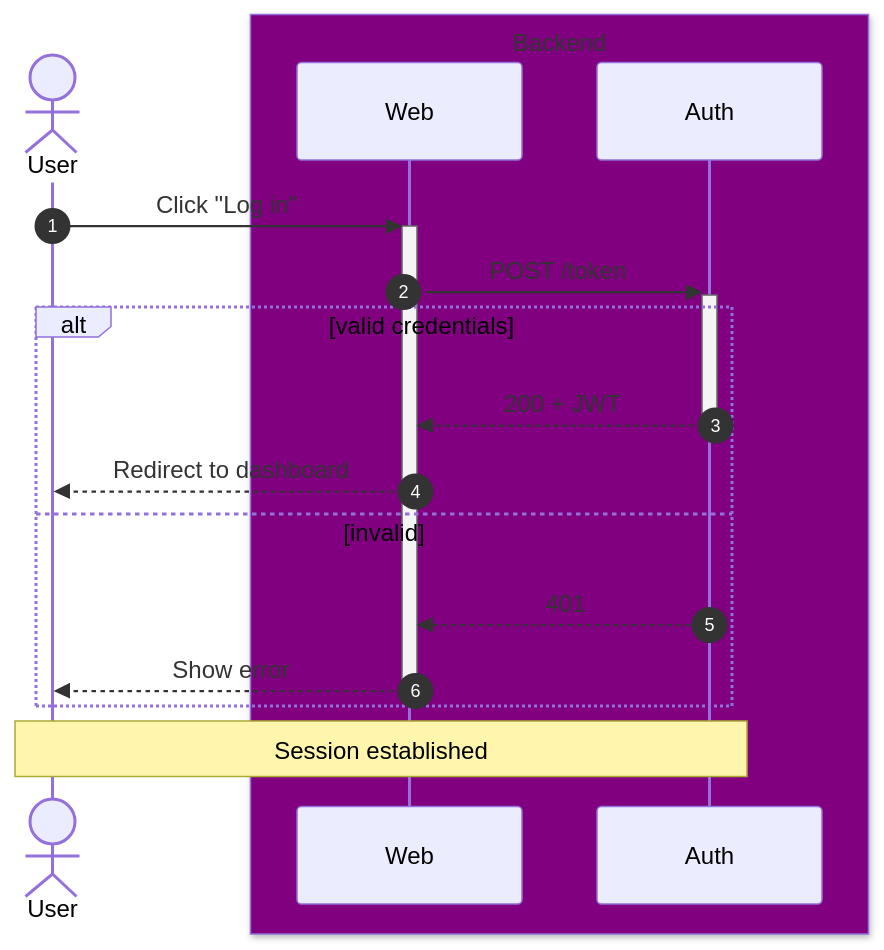
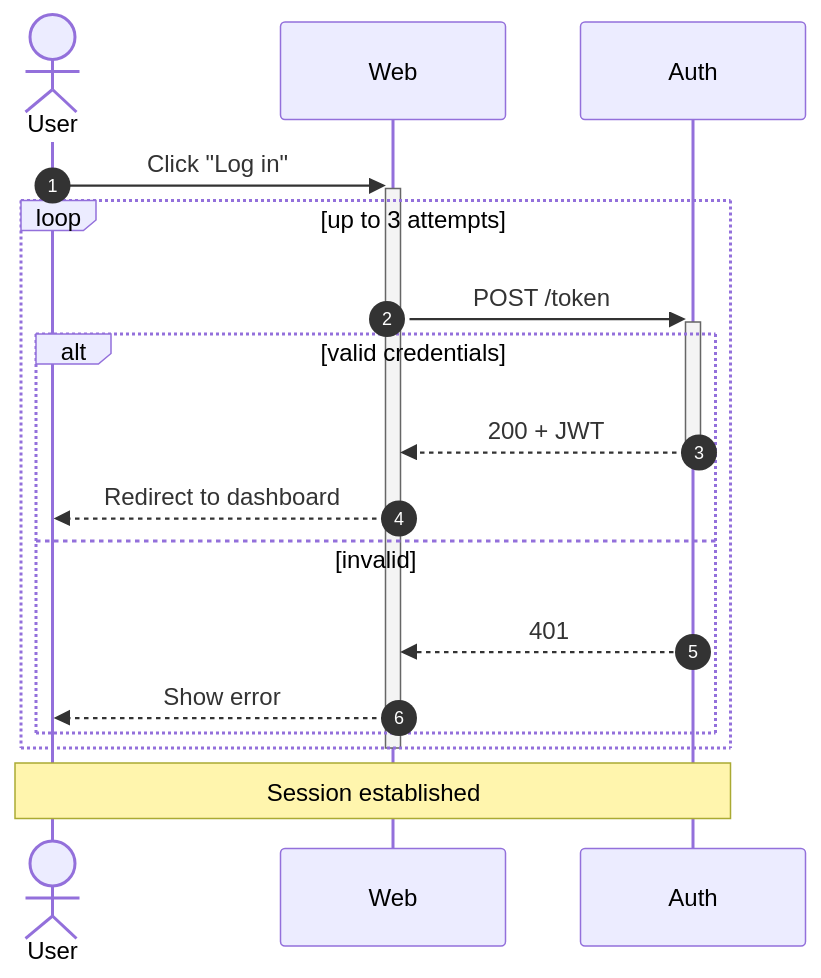
One commit to klesajos/grimoire changed the third of 3 diagrams in plugins/archmage/skills/mermaid/reference/sequence.md. Above: the diagram before and after it, drawn with Mermaid. The commit also changed other lines of this file and 85 other files, not shown here.

First line of the commit message:
Illustrate archmage reference files with example diagrams

````diff
--- a/plugins/archmage/skills/mermaid/reference/sequence.md
+++ b/plugins/archmage/skills/mermaid/reference/sequence.md
@@ -85,22 +92,21 @@
 ```mermaid
 sequenceDiagram
   autonumber
   actor U as User
   participant W as Web
   participant A as Auth
-  box Purple Backend
-    participant W
-    participant A
-  end
 
   U->>+W: Click "Log in"
-  W->>+A: POST /token
-  alt valid credentials
-    A-->>-W: 200 + JWT
-    W-->>U: Redirect to dashboard
-  else invalid
-    A-->>W: 401
-    W-->>-U: Show error
+  loop up to 3 attempts
+    W->>+A: POST /token
+    alt valid credentials
+      A-->>-W: 200 + JWT
+      W-->>U: Redirect to dashboard
+    else invalid
+      A-->>W: 401
+      W-->>U: Show error
+    end
   end
+  deactivate W
   Note over U,A: Session established
 ```
````
